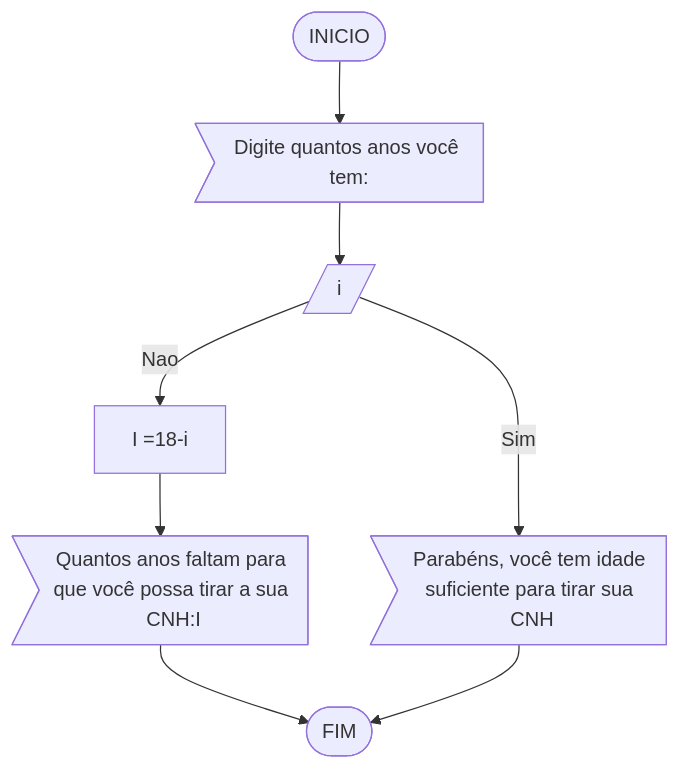
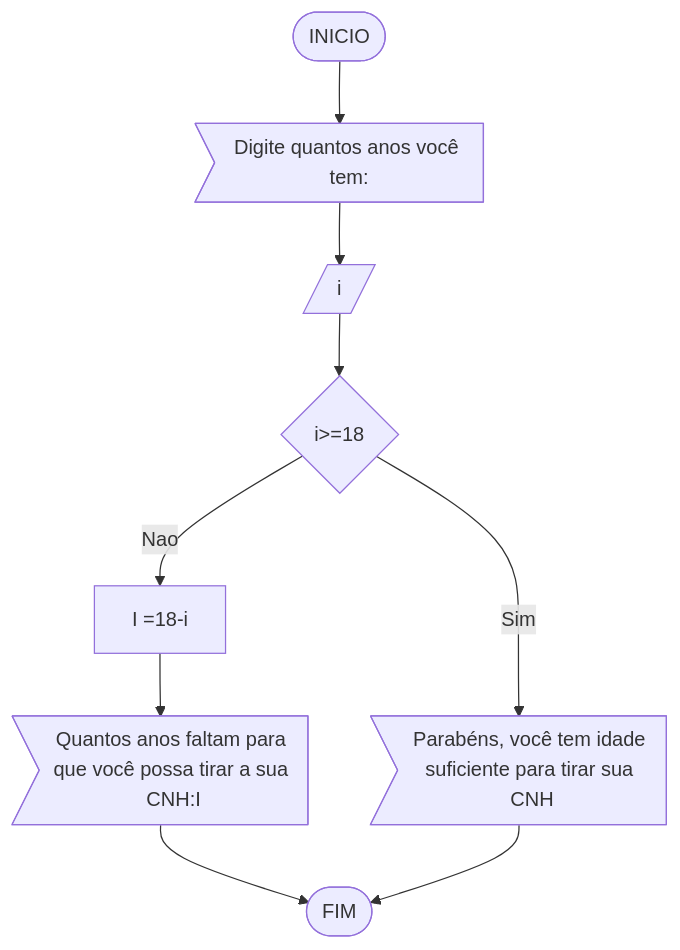
The third of 3 diagrams in RLA/lista1.md (angelomendonca0601/unifor), drawn with Mermaid before and after one commit.

````diff
--- a/RLA/lista1.md
+++ b/RLA/lista1.md
@@ -73,11 +73,12 @@
 ```mermaid
 flowchart TD
 id1([INICIO]) --> id2>Digite quantos anos você tem:]
 id2 --> id3[/i/]
-id3 -- Sim--> id4>Parabéns, você tem idade suficiente para tirar sua CNH]
-id3 -- Nao --> id5[I =18-i]
+id3--> idif{i>=18}
+idif--Sim--> id4>Parabéns, você tem idade suficiente para tirar sua CNH]
+idif -- Nao --> id5[I =18-i]
 id5 --> id6>Quantos anos faltam para que você possa tirar a sua CNH:I]
 id6-->id([FIM])
 id4 -->id([FIM])
 
 ```
````
